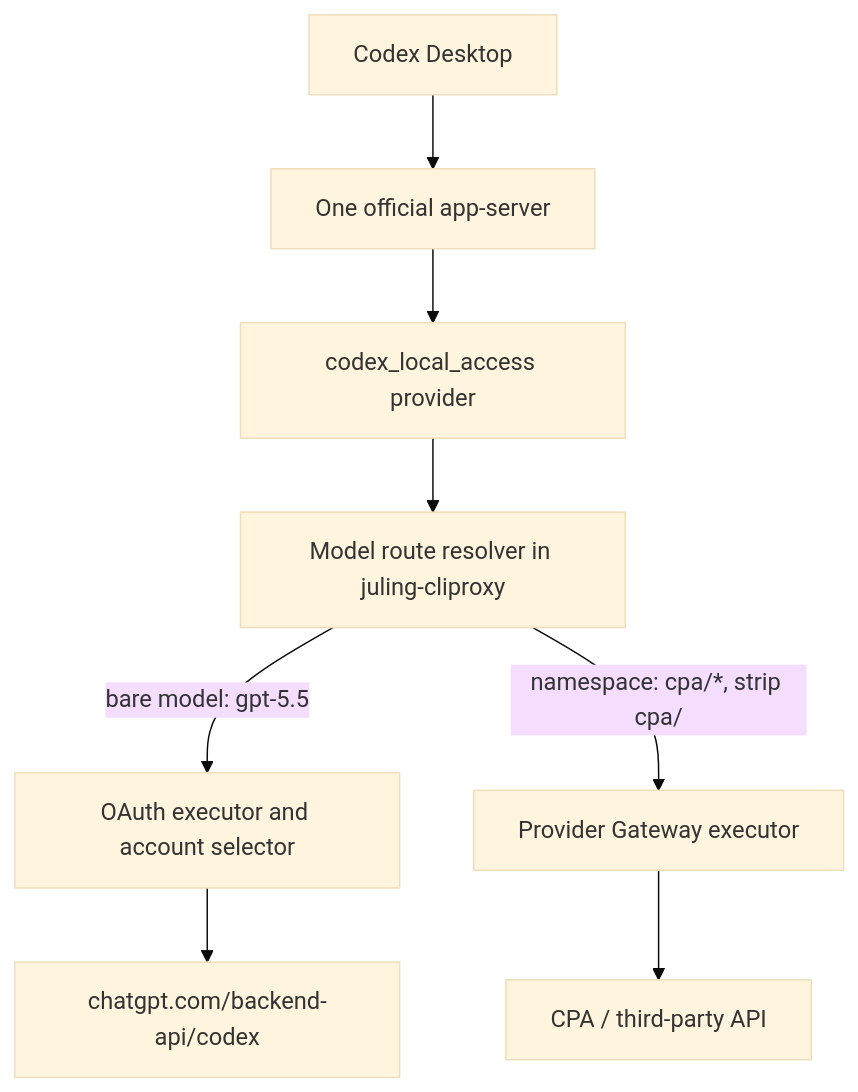
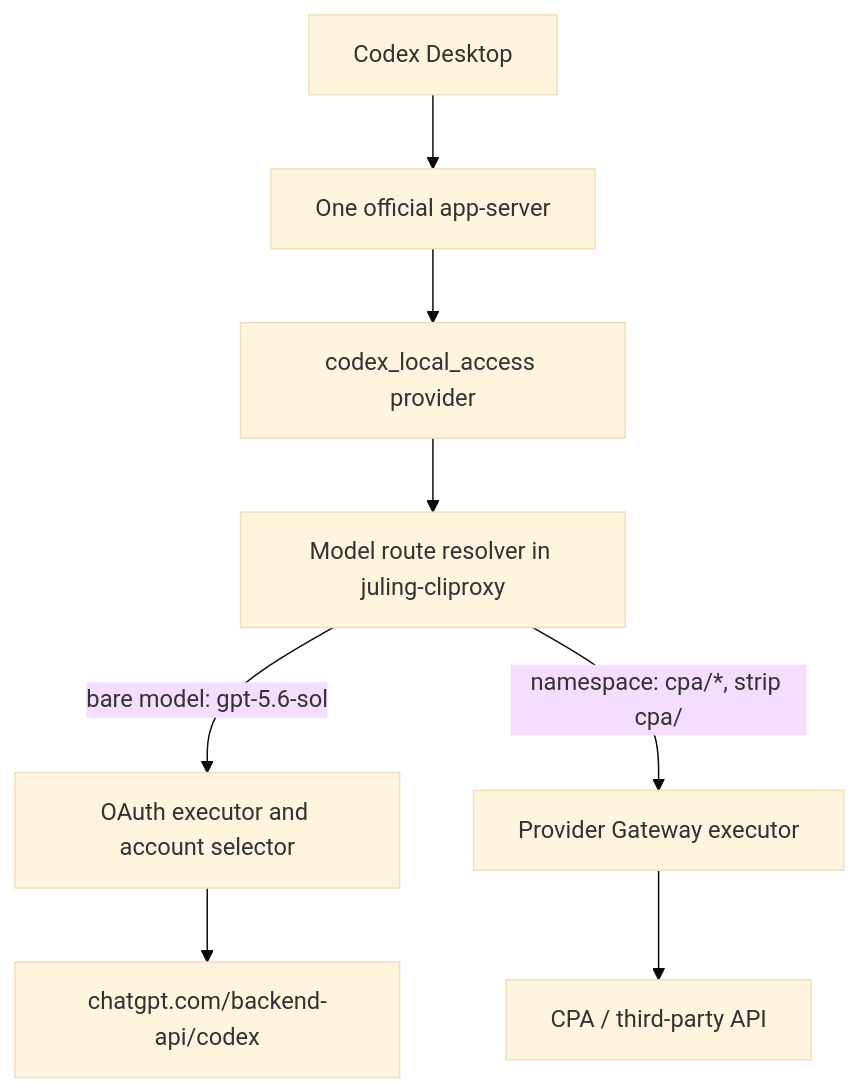
One commit to wu798998264-crypto/juling changed the second of 3 diagrams in docs/CODEX_MIXED_MODEL_ROUTING_DESIGN.md. Above: the diagram before and after it, drawn with Mermaid (base theme). The commit also changed other lines of this file and 2410 other files, not shown here.

````diff
--- a/docs/CODEX_MIXED_MODEL_ROUTING_DESIGN.md
+++ b/docs/CODEX_MIXED_MODEL_ROUTING_DESIGN.md
@@ -117,19 +117,19 @@
 ```mermaid
 flowchart TD
   Desktop[Codex Desktop]
   AppServer[One official app-server]
   LocalProvider[codex_local_access provider]
   Router[Model route resolver in juling-cliproxy]
   OAuth[OAuth executor and account selector]
   Gateway[Provider Gateway executor]
   Subscription[chatgpt.com/backend-api/codex]
   CPA[CPA / third-party API]
 
   Desktop --> AppServer
   AppServer --> LocalProvider
   LocalProvider --> Router
-  Router -->|bare model: gpt-5.5| OAuth
+  Router -->|bare model: gpt-5.6-sol| OAuth
   OAuth --> Subscription
   Router -->|namespace: cpa/*, strip cpa/| Gateway
   Gateway --> CPA
 ```
````
